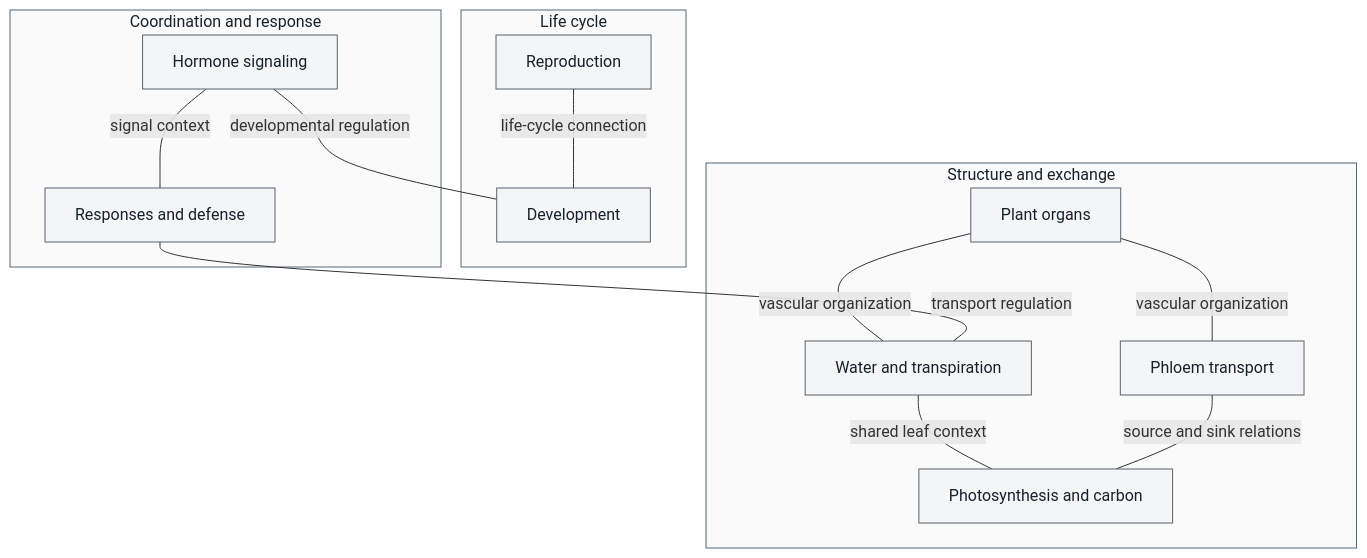
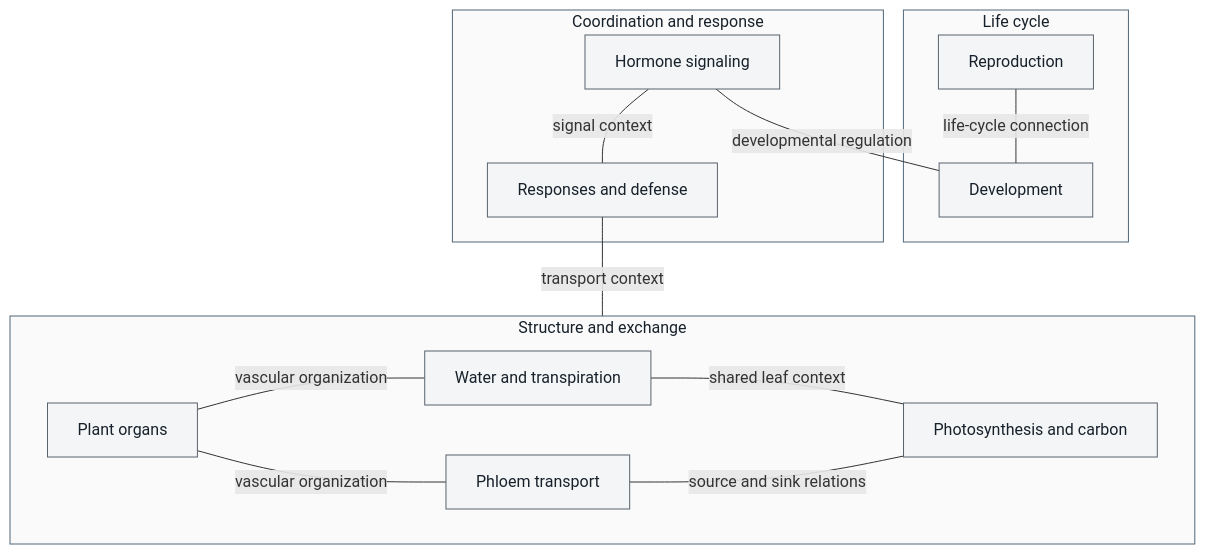
One commit to docxology/biology_textbook changed the diagram in docs/manuscript/unit_VIII/unit_intro.md. Above: the diagram before and after it, drawn with Mermaid. The commit also changed 8 other files, not shown here.

````diff
--- a/docs/manuscript/unit_VIII/unit_intro.md
+++ b/docs/manuscript/unit_VIII/unit_intro.md
@@ -43,33 +43,33 @@
 ```mermaid
 ---
 config:
   layout: dagre
 ---
 graph TD
     subgraph S["Structure and exchange"]
         O["Plant organs"]
         W["Water and transpiration"]
         P["Phloem transport"]
         C["Photosynthesis and carbon"]
     end
     subgraph L["Life cycle"]
         R["Reproduction"]
         D["Development"]
     end
     subgraph E["Coordination and response"]
         H["Hormone signaling"]
         F["Responses and defense"]
     end
     O ---|"vascular organization"| W
     O ---|"vascular organization"| P
     W ---|"shared leaf context"| C
     P ---|"source and sink relations"| C
     R ---|"life-cycle connection"| D
     H ---|"developmental regulation"| D
     H ---|"signal context"| F
-    F ---|"transport regulation"| W
+    F ---|"transport context"| S
     classDef default fill:#f4f5f6,stroke:#59636e,color:#17212b
     style S fill:#fafafa,stroke:#526777,color:#17212b
     style L fill:#fafafa,stroke:#526777,color:#17212b
     style E fill:#fafafa,stroke:#526777,color:#17212b
 ```
````
